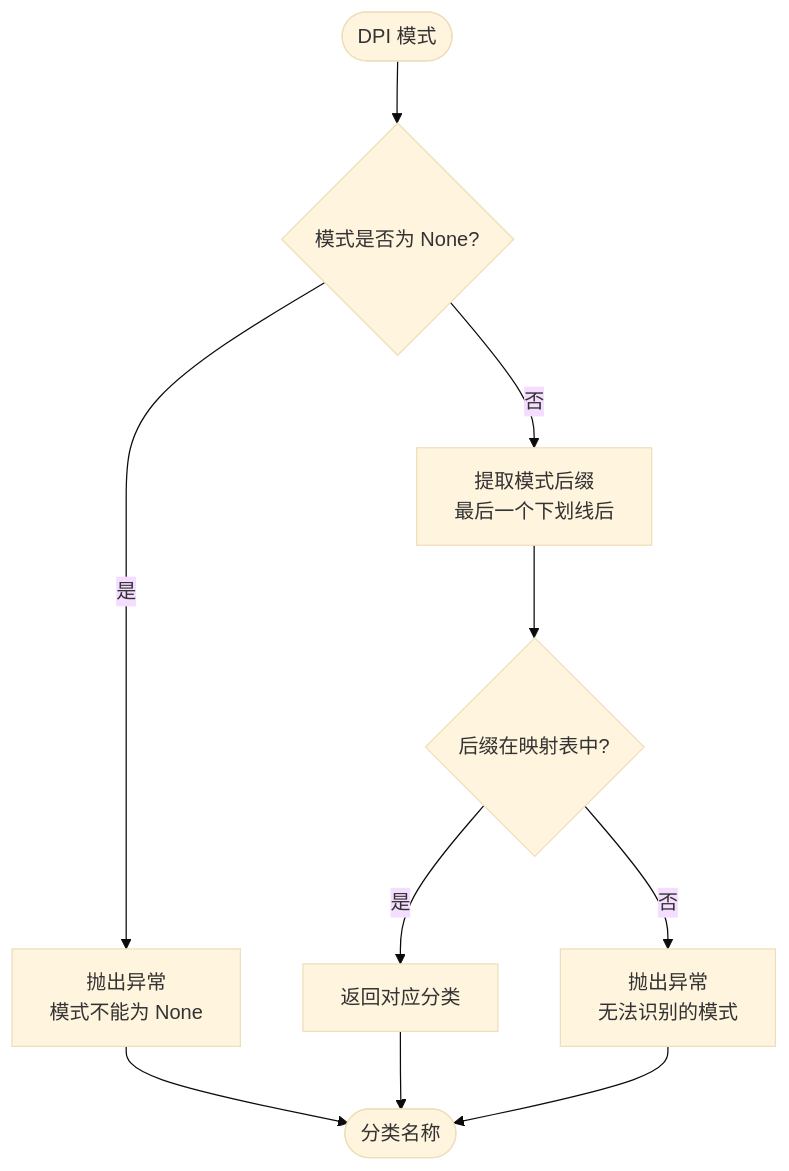
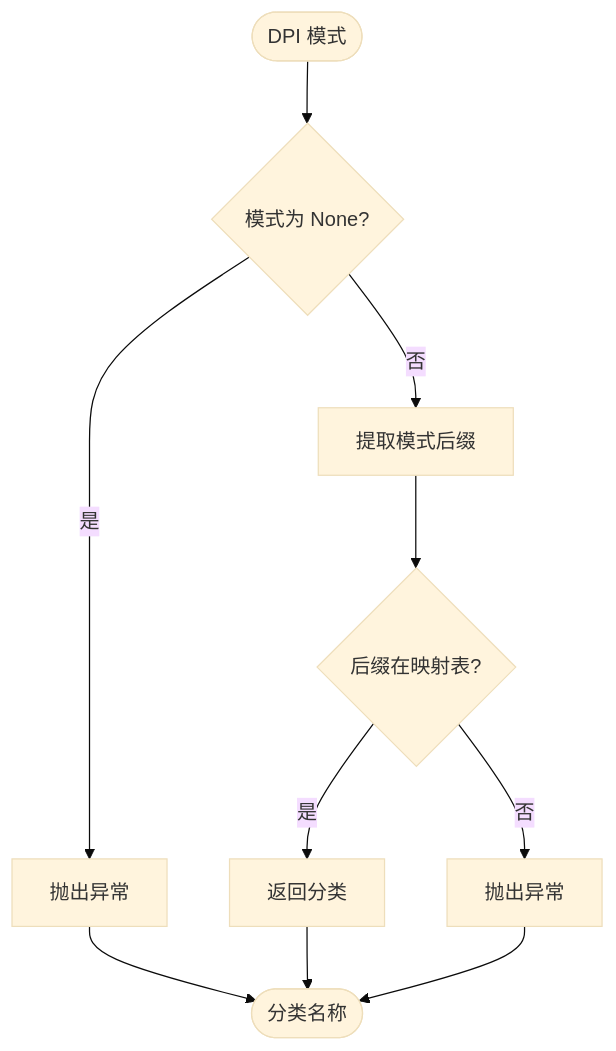
One commit to weihang1258/dpiAutoExcel changed diagram 43 of 43 in 逻辑流程文档.md. Above: the diagram before and after it, drawn with Mermaid (base theme). The commit also changed other lines of this file and 1 other file, not shown here.

First line of the commit message:
docs: 优化流程图显示效果，统一字体大小

````diff
--- a/逻辑流程文档.md
+++ b/逻辑流程文档.md
@@ -1214,14 +1212,14 @@
 ```mermaid
 graph TD
-    Start([DPI 模式]) --> A{模式是否为 None?}
-    A -->|是| B[抛出异常<br/>模式不能为 None]
-    A -->|否| C[提取模式后缀<br/>最后一个下划线后]
+    Start([DPI 模式]) --> A{模式为 None?}
+    A -->|是| B[抛出异常]
+    A -->|否| C[提取模式后缀]
     
-    C --> D{后缀在映射表中?}
-    D -->|是| E[返回对应分类]
-    D -->|否| F[抛出异常<br/>无法识别的模式]
+    C --> D{后缀在映射表?}
+    D -->|是| E[返回分类]
+    D -->|否| F[抛出异常]
     
     E --> End([分类名称])
     B --> End
     F --> End
 ```
````
